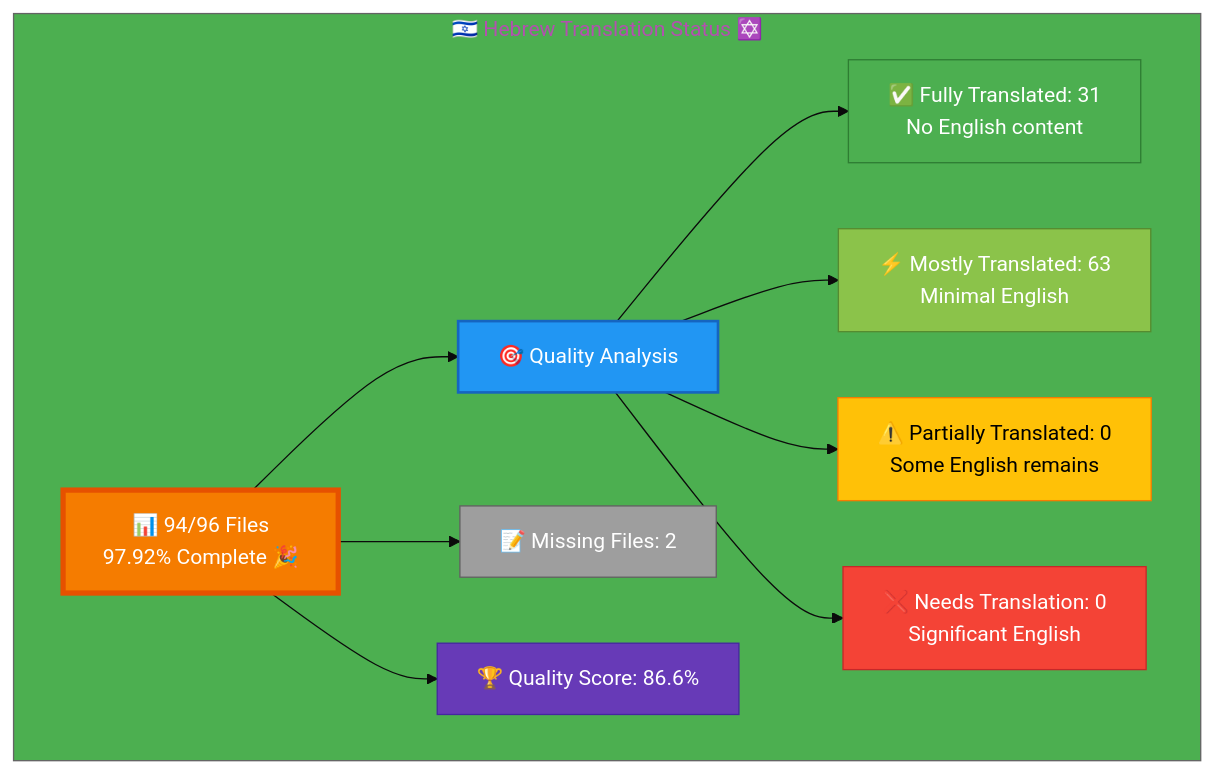
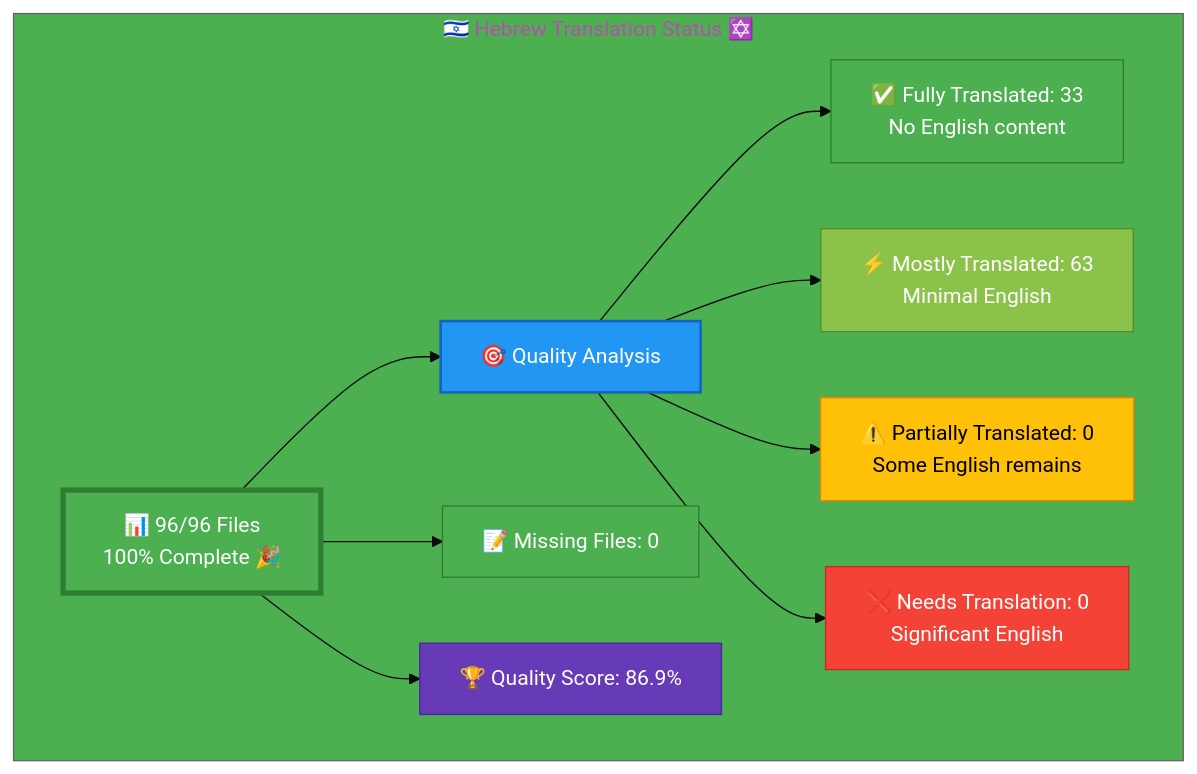
Before and after one commit to Hack23/homepage: the diagram in Hebrew-Translation-Status.md, drawn with Mermaid. The commit also changed other lines of this file, not shown here.

Commit message:
Update Hebrew-Translation-Status.md: 96/96 files complete (100%)

````diff
--- a/Hebrew-Translation-Status.md
+++ b/Hebrew-Translation-Status.md
@@ -13,26 +13,26 @@
 ```mermaid
-%%{init: {'theme':'base', 'themeVariables': {'primaryColor':'#F57C00','secondaryColor':'#2196F3','tertiaryColor':'#4CAF50','fontSize':'16px'}}}%%
+%%{init: {'theme':'base', 'themeVariables': {'primaryColor':'#4CAF50','secondaryColor':'#2196F3','tertiaryColor':'#4CAF50','fontSize':'16px'}}}%%
 graph TB
     subgraph "🇮🇱 Hebrew Translation Status ✡️"
-        A["📊 94/96 Files<br/>97.92% Complete 🎉"]
+        A["📊 96/96 Files<br/>100% Complete 🎉"]
         
         A --> B["🎯 Quality Analysis"]
-        B --> C["✅ Fully Translated: 31<br/>No English content"]
+        B --> C["✅ Fully Translated: 33<br/>No English content"]
         B --> D["⚡ Mostly Translated: 63<br/>Minimal English"]
         B --> E["⚠️  Partially Translated: 0<br/>Some English remains"]
         B --> F["❌ Needs Translation: 0<br/>Significant English"]
         
-        A --> G["📝 Missing Files: 2"]
+        A --> G["📝 Missing Files: 0"]
         
-        A --> H["🏆 Quality Score: 86.6%"]
+        A --> H["🏆 Quality Score: 86.9%"]
         
-        style A fill:#F57C00,stroke:#E65100,color:#fff,stroke-width:4px
+        style A fill:#4CAF50,stroke:#2E7D32,color:#fff,stroke-width:4px
         style B fill:#2196F3,stroke:#1565C0,color:#fff,stroke-width:2px
         style C fill:#4CAF50,stroke:#2E7D32,color:#fff
         style D fill:#8BC34A,stroke:#558B2F,color:#fff
         style E fill:#FFC107,stroke:#F57C00,color:#000
         style F fill:#F44336,stroke:#C62828,color:#fff
-        style G fill:#9E9E9E,stroke:#616161,color:#fff
+        style G fill:#4CAF50,stroke:#2E7D32,color:#fff
         style H fill:#673AB7,stroke:#4527A0,color:#fff
     end
 ```
````
